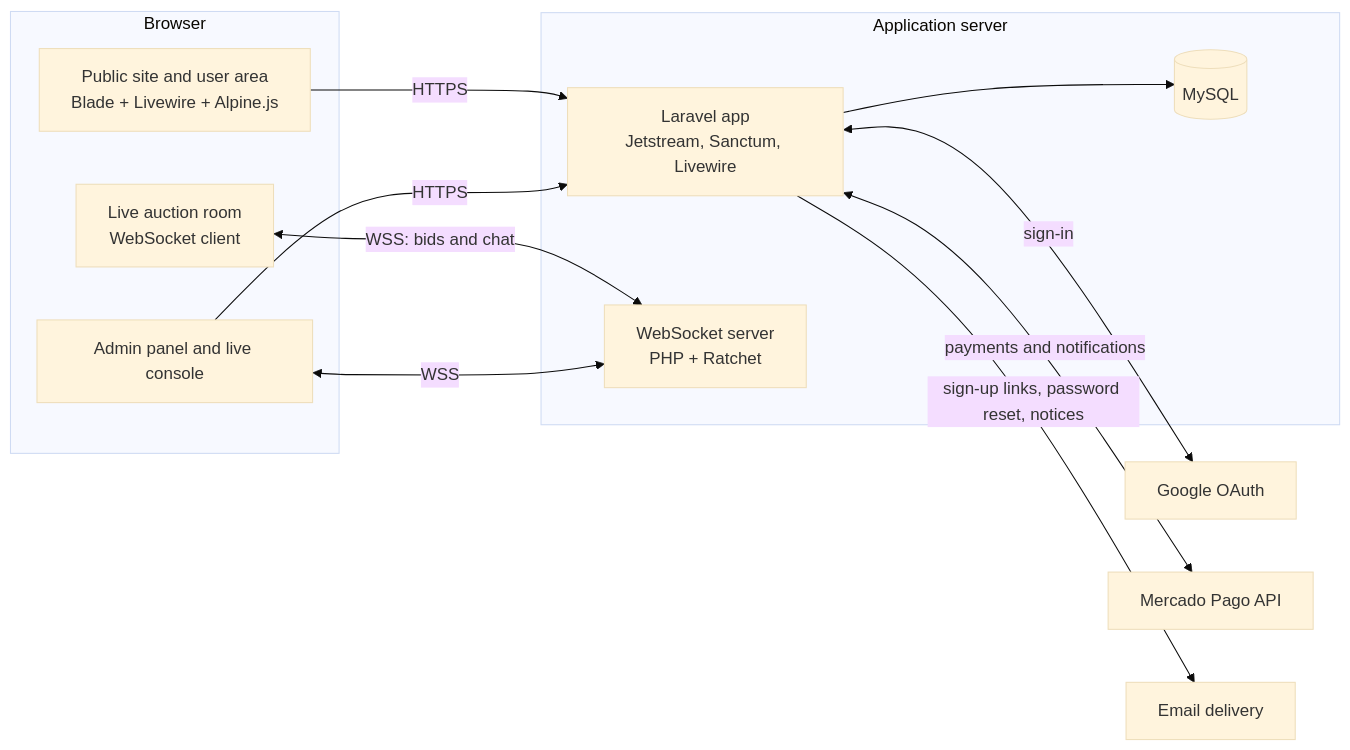
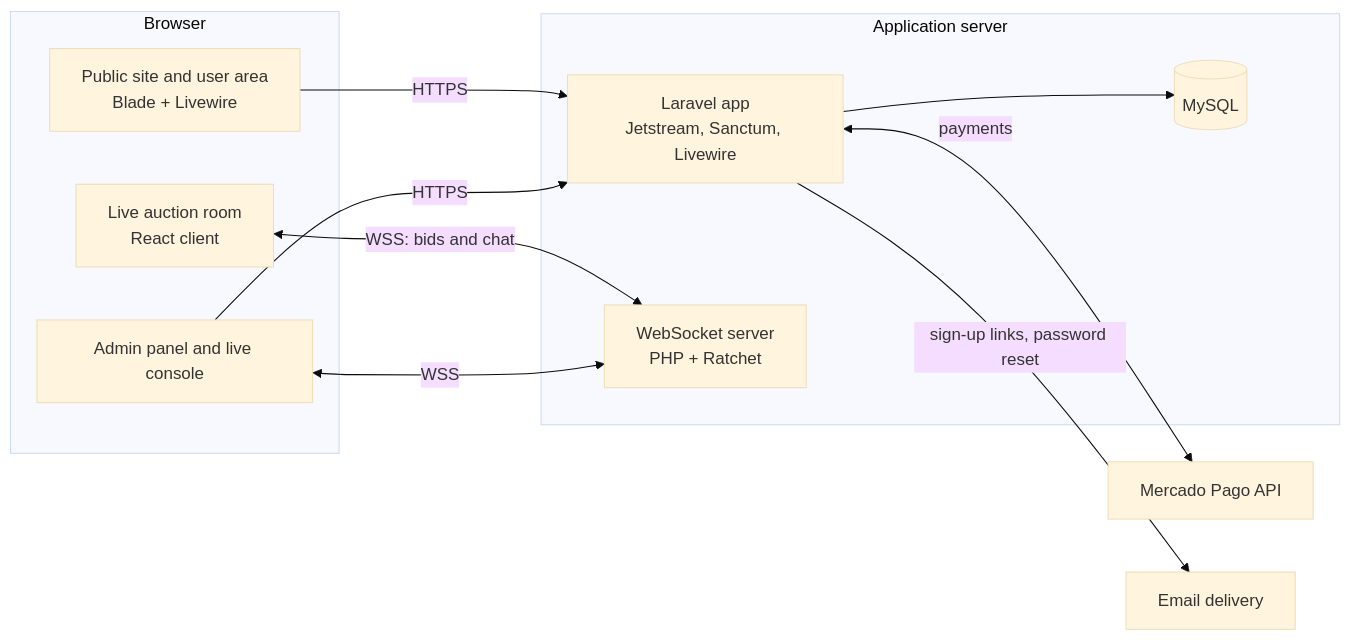
The diagram in README.md (leonelquiroga/case-study-online-auctions), drawn with Mermaid (base theme) before and after one commit. The commit also changed other lines of this file and 3 other files, not shown here.

````diff
--- a/README.md
+++ b/README.md
@@ -45,27 +42,25 @@
 ```mermaid
 flowchart LR
     subgraph Browser
-        Site["Public site and user area<br/>Blade + Livewire + Alpine.js"]
-        Room["Live auction room<br/>WebSocket client"]
+        Site["Public site and user area<br/>Blade + Livewire"]
+        Room["Live auction room<br/>React client"]
         Admin["Admin panel and live console"]
     end
 
     subgraph Server["Application server"]
         App["Laravel app<br/>Jetstream, Sanctum, Livewire"]
         WS["WebSocket server<br/>PHP + Ratchet"]
         DB[("MySQL")]
     end
 
-    Google["Google OAuth"]
     MP["Mercado Pago API"]
     Mail["Email delivery"]
 
     Site -->|HTTPS| App
     Admin -->|HTTPS| App
     Room <-->|"WSS: bids and chat"| WS
     Admin <-->|WSS| WS
     App --> DB
-    App <-->|"sign-in"| Google
-    App <-->|"payments and notifications"| MP
-    App -->|"sign-up links, password reset, notices"| Mail
+    App <-->|"payments"| MP
+    App -->|"sign-up links, password reset"| Mail
 ```
````
